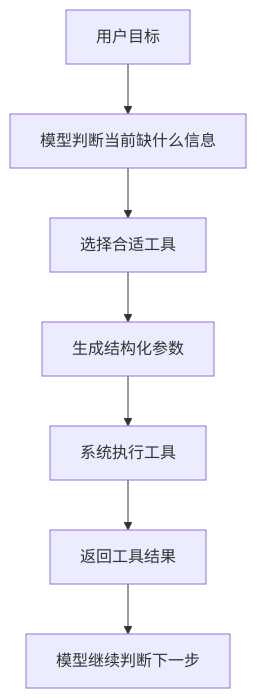
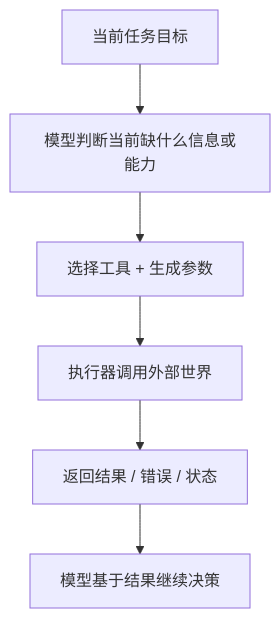
The diagram in AI Agent/02_Tool Calling：Agent 为什么能调用工具做事.md (qxq1997/learning_stuff), drawn with Mermaid before and after one commit. The commit also changed other lines of this file and 6 other files, not shown here.

````diff
--- a/AI Agent/02_Tool Calling：Agent 为什么能调用工具做事.md
+++ b/AI Agent/02_Tool Calling：Agent 为什么能调用工具做事.md
@@ -56,9 +109,8 @@
 ```mermaid
 flowchart TD
-    A["用户目标"] --> B["模型判断当前缺什么信息"]
-    B --> C["选择合适工具"]
-    C --> D["生成结构化参数"]
-    D --> E["系统执行工具"]
-    E --> F["返回工具结果"]
-    F --> G["模型继续判断下一步"]
+    A["当前任务目标"] --> B["模型判断当前缺什么信息或能力"]
+    B --> C["选择工具 + 生成参数"]
+    C --> D["执行器调用外部世界"]
+    D --> E["返回结果 / 错误 / 状态"]
+    E --> F["模型基于结果继续决策"]
 ```
````
